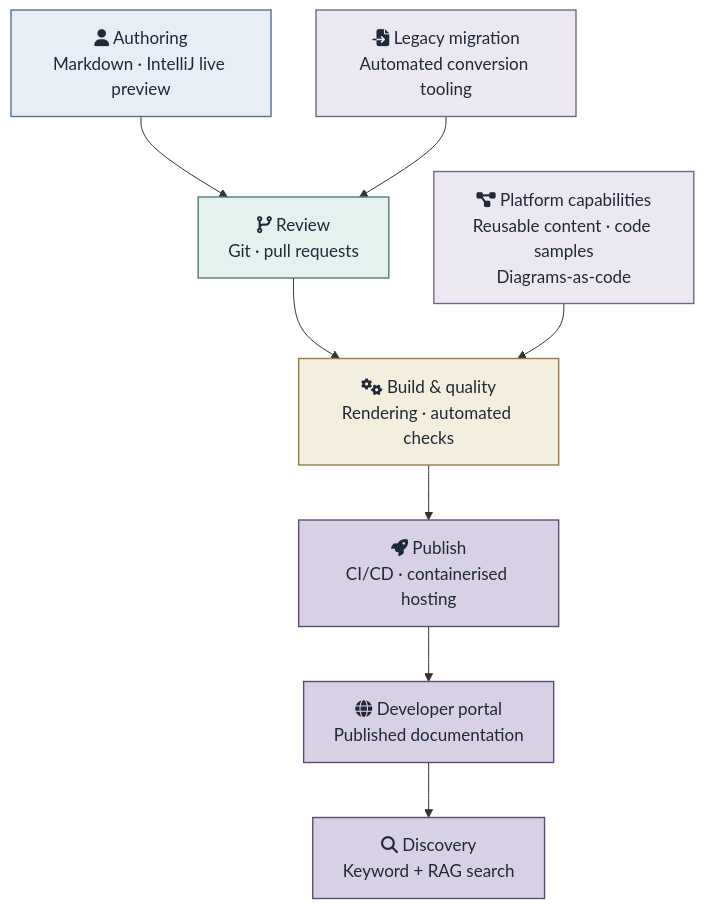
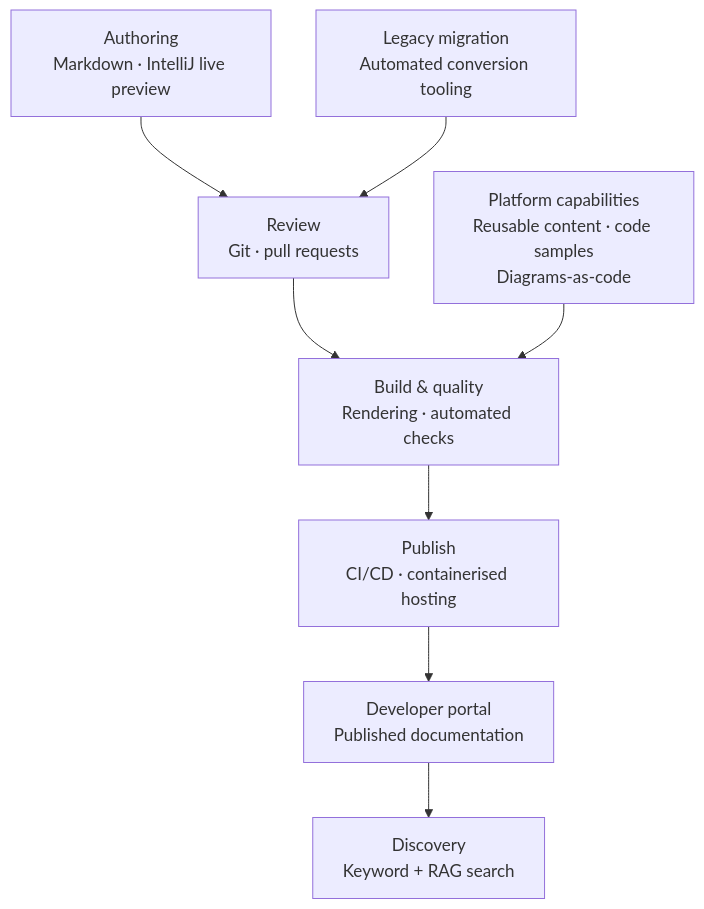
One commit to iand4096/docusaurusportfolio changed the diagram in docs/case-studies/ScalingADeveloperDocsPlatform.md. Above: the diagram before and after it, drawn with Mermaid. The commit also changed other lines of this file and 22 other files, not shown here.

Commit message:
Unify diagram figures with restrained styling and fullscreen zoom and pan

````diff
--- a/docs/case-studies/ScalingADeveloperDocsPlatform.md
+++ b/docs/case-studies/ScalingADeveloperDocsPlatform.md
@@ -157,51 +176,42 @@
 ```mermaid
 %%{init: {
   "flowchart": {
     "useMaxWidth": false,
     "nodeSpacing": 45,
     "rankSpacing": 55
   },
   "themeVariables": {
     "fontSize": "17px"
   }
 }}%%
 
 flowchart TD
 
-    A["fa:fa-user Authoring<br/>Markdown · IntelliJ live preview"]
+    A["Authoring<br/>Markdown · IntelliJ live preview"]
 
-    B["fa:fa-code-branch Review<br/>Git · pull requests"]
+    B["Review<br/>Git · pull requests"]
 
-    C["fa:fa-gears Build & quality<br/>Rendering · automated checks"]
+    C["Build & quality<br/>Rendering · automated checks"]
 
-    D["fa:fa-rocket Publish<br/>CI/CD · containerised hosting"]
+    D["Publish<br/>CI/CD · containerised hosting"]
 
-    E["fa:fa-globe Developer portal<br/>Published documentation"]
+    E["Developer portal<br/>Published documentation"]
 
-    F["fa:fa-magnifying-glass Discovery<br/>Keyword + RAG search"]
+    F["Discovery<br/>Keyword + RAG search"]
 
-    M["fa:fa-file-import Legacy migration<br/>Automated conversion tooling"]
+    M["Legacy migration<br/>Automated conversion tooling"]
 
-    P["fa:fa-diagram-project Platform capabilities<br/>Reusable content · code samples<br/>Diagrams-as-code"]
+    P["Platform capabilities<br/>Reusable content · code samples<br/>Diagrams-as-code"]
 
     A --> B
     B --> C
     C --> D
     D --> E
     E --> F
 
     M --> B
     P --> C
-
-    classDef author fill:#E8EEF5,stroke:#55708F,color:#1F2937,stroke-width:1.4px;
-    classDef review fill:#E5F1EF,stroke:#4F7D78,color:#1F2937,stroke-width:1.4px;
-    classDef build fill:#F4EEDF,stroke:#9A7B45,color:#1F2937,stroke-width:1.4px;
-    classDef publish fill:#D8D0E3,stroke:#5E4B75,color:#1F2937,stroke-width:1.4px;
-    classDef support fill:#ECE8F2,stroke:#76658B,color:#1F2937,stroke-width:1.4px;
-
-    class A author;
-    class B review;
-    class C build;
-    class D,E,F publish;
-    class M,P support;
+    class A,B,E interaction;
+    class C,D,F,M process;
+    class P infra;
 ```
````
